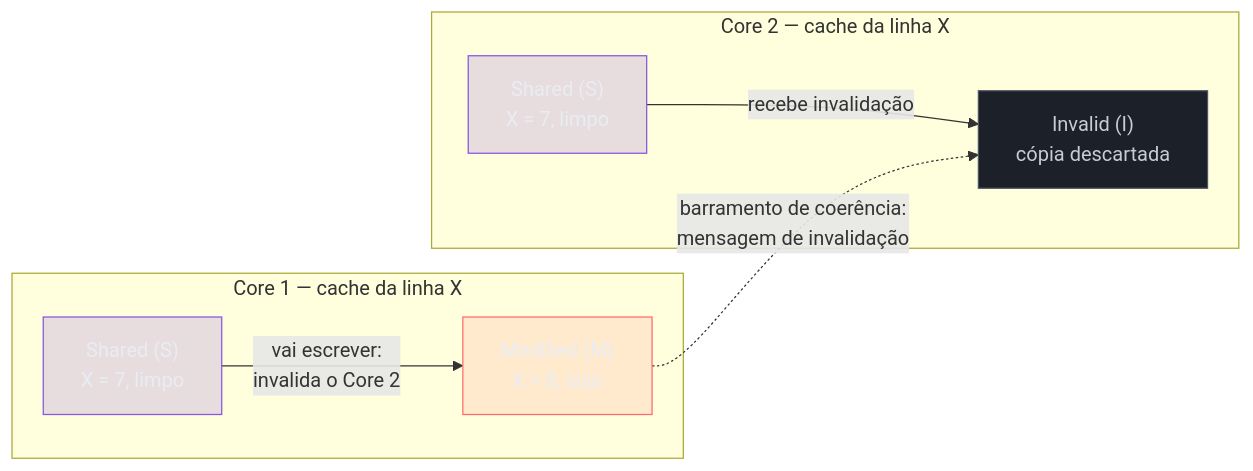
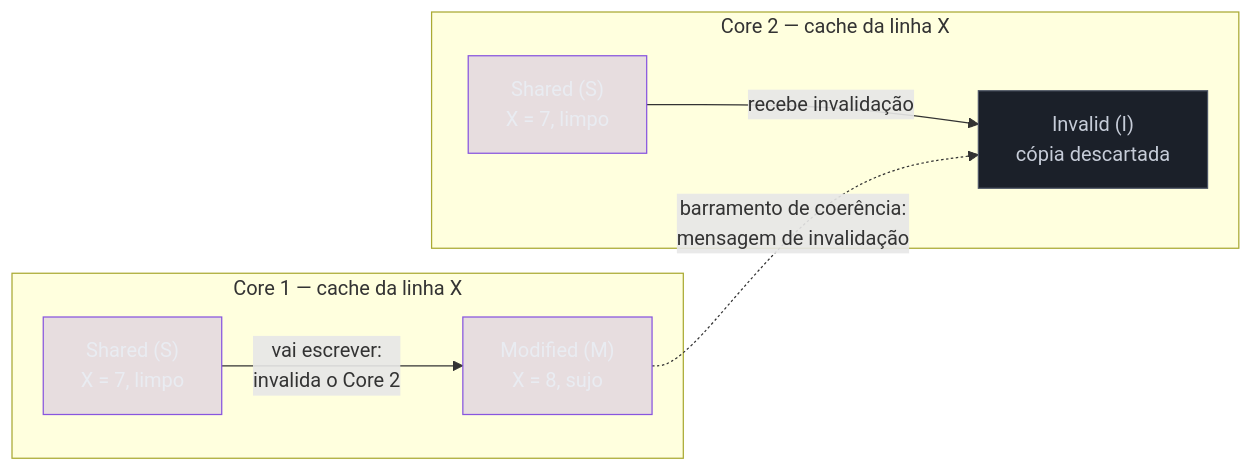
The sixth of 8 diagrams in 03-Dominios/Ciência/Concorrência e Paralelismo/04 - Atomicidade, visibilidade e ordenação.md (josenaldo/codex-technomanticus), drawn with Mermaid before and after one commit. The commit also changed other lines of this file and 601 other files, not shown here.

````diff
--- a/03-Dominios/Ciência/Concorrência e Paralelismo/04 - Atomicidade, visibilidade e ordenação.md
+++ b/03-Dominios/Ciência/Concorrência e Paralelismo/04 - Atomicidade, visibilidade e ordenação.md
@@ -215,21 +215,20 @@
 ```mermaid
 flowchart LR
-    classDef falha fill:#FF6B6B24,stroke:#FF6B6B,color:#E9ECF2
     classDef neutro fill:#1B2029,stroke:#4E5666,color:#C6CCD8
     classDef marca fill:#8855DF33,stroke:#8855DF,color:#E9ECF2
     subgraph C1["Core 1 — cache da linha X"]
         S1["Shared (S)<br/>X = 7, limpo"]
         M1["Modified (M)<br/>X = 8, sujo"]
         S1 -->|"vai escrever:<br/>invalida o Core 2"| M1
     end
     subgraph C2["Core 2 — cache da linha X"]
         S2["Shared (S)<br/>X = 7, limpo"]
         I2["Invalid (I)<br/>cópia descartada"]
         S2 -->|"recebe invalidação"| I2
     end
     M1 -. "barramento de coerência:<br/>mensagem de invalidação" .-> I2
-    class M1 falha
+    class M1 marca
     class I2 neutro
     class S1 marca
     class S2 marca
 ```
````
